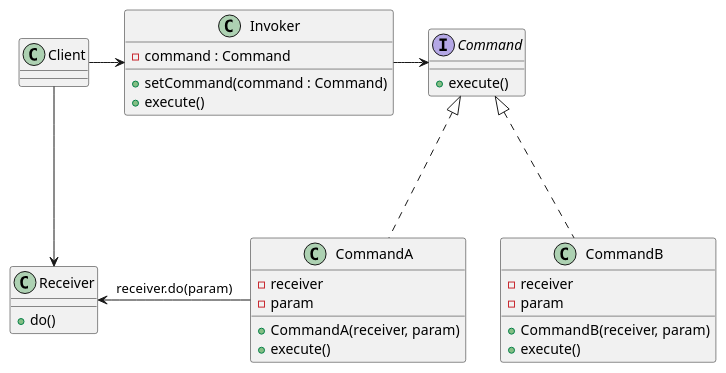
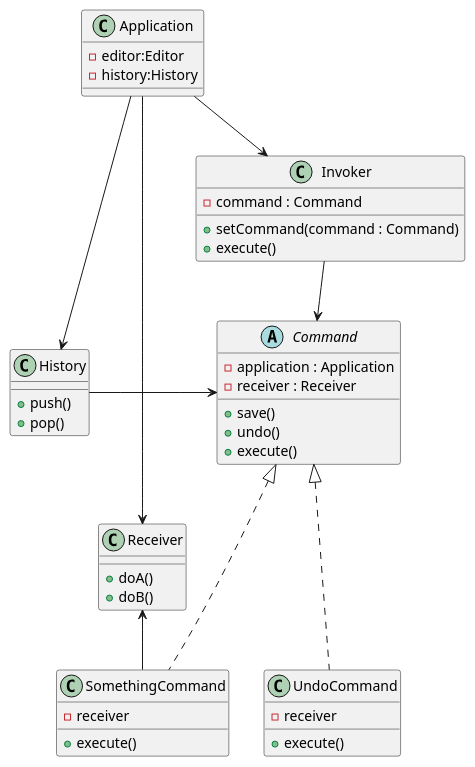
One commit to hjhello423/toy changed the diagram in study-design-pattern/src/main/java/com/my/studydesignpattern/chapter8/example/command-pattern-history.puml. Above: the diagram before and after it, drawn with PlantUML. The commit also changed 28 other files, not shown here.

```diff
--- a/study-design-pattern/src/main/java/com/my/studydesignpattern/chapter8/example/command-pattern-history.puml
+++ b/study-design-pattern/src/main/java/com/my/studydesignpattern/chapter8/example/command-pattern-history.puml
@@ -1,43 +1,56 @@
 @startuml
 
-class Client {
+class Application {
+- editor:Editor
+- history:History
+}
+
+class History {
++ push()
++ pop()
 }
 
 class Invoker {
 - command : Command
 + setCommand(command : Command)
 + execute()
 }
 
-interface Command {
+abstract Command {
+- application : Application
+- receiver : Receiver
++ save()
++ undo()
 + execute()
 }
 
-class CommandA {
+class SomethingCommand {
 - receiver
-- param
-+ CommandA(receiver, param)
 + execute()
 }
 
-class CommandB {
+class UndoCommand {
 - receiver
-- param
-+ CommandB(receiver, param)
 + execute()
 }
 
 class Receiver {
-+ do()
++ doA()
++ doB()
 }
 
-Client -> Invoker
-Receiver <- CommandA : receiver.do(param)
+Application --> Invoker
+History -> Command
+Command <|... UndoCommand
+Command <|... SomethingCommand
+
+
+Receiver <- SomethingCommand
 
 Invoker -> Command
-Command <|.. CommandA
-Command <|... CommandB
 
-Client ---> Receiver
+Application ---> Receiver
+Application ---> History
+
 
 @enduml
```
